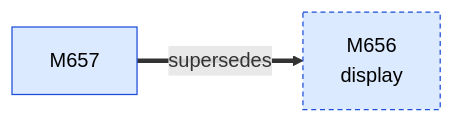
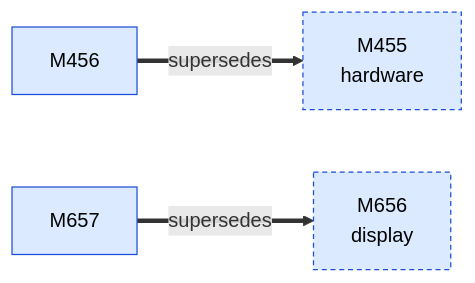
The first of 2 diagrams in docs/facts/graphs/tooling.md (D-Ogi/amdgpu-wddm), drawn with Mermaid before and after one commit. The commit also changed other lines of this file and 25 other files, not shown here.

````diff
--- a/docs/facts/graphs/tooling.md
+++ b/docs/facts/graphs/tooling.md
@@ -11,12 +11,15 @@
 ```mermaid
 flowchart LR
+  M455["M455<br/>hardware"]:::MEASURED
+  M456["M456"]:::MEASURED
   M656["M656<br/>display"]:::MEASURED
   M657["M657"]:::MEASURED
+  M456 ==>|supersedes| M455
   M657 ==>|supersedes| M656
   classDef HYPOTHESIS fill:#fff3c4,stroke:#9a7b00,color:#000
   classDef MEASURED fill:#dbeafe,stroke:#1d4ed8,color:#000
   classDef CONFIRMED fill:#d1fae5,stroke:#047857,color:#000
   classDef REFUTED fill:#fee2e2,stroke:#b91c1c,color:#000
   classDef other stroke-dasharray:4 3
-  class M656 other
+  class M455,M656 other
 ```
````
